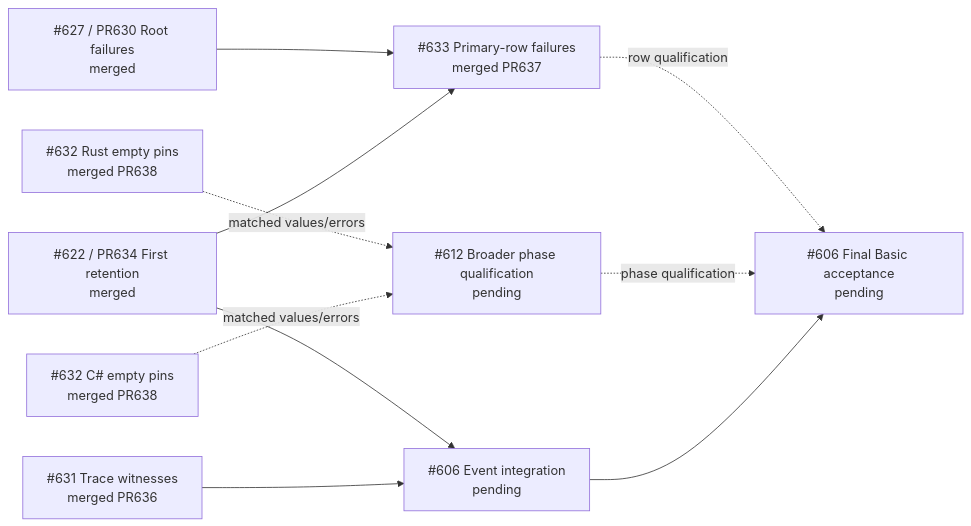
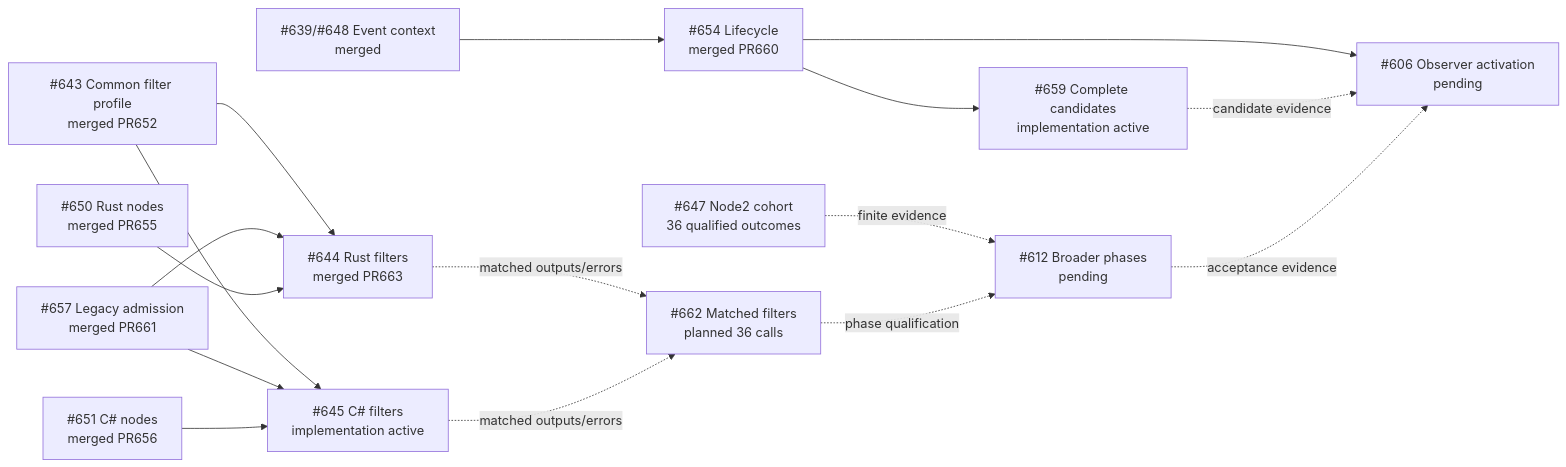
One commit to Aaqibhafeezkhan/ferrule changed the first of 7 diagrams in docs/parallel-work.md. Above: the diagram before and after it, drawn with Mermaid. The commit also changed other lines of this file and 1 other file, not shown here.

Commit message:
Reconcile qualified Basic provenance and control handoffs

````diff
--- a/docs/parallel-work.md
+++ b/docs/parallel-work.md
@@ -60,12 +33,18 @@
 ```mermaid
 flowchart LR
-    RootFailures["#627 / PR630 Root failures<br/>merged"] --> Rows["#633 Primary-row failures<br/>merged PR637"]
-    First["#622 / PR634 First retention<br/>merged"] --> Rows
-    First --> Events["#606 Event integration<br/>pending"]
-    Witnesses["#631 Trace witnesses<br/>merged PR636"] --> Events
-    Rust["#632 Rust empty pins<br/>merged PR638"] -. "matched values/errors" .-> Phases["#612 Broader phase qualification<br/>pending"]
-    CSharp["#632 C# empty pins<br/>merged PR638"] -. "matched values/errors" .-> Phases
-    Rows -. "row qualification" .-> Acceptance["#606 Final Basic acceptance<br/>pending"]
-    Phases -. "phase qualification" .-> Acceptance
-    Events --> Acceptance
+    Common["#643 Common filter profile<br/>merged PR652"] --> Rust["#644 Rust filters<br/>merged PR663"]
+    Common --> CSharp["#645 C# filters<br/>implementation active"]
+    Admission["#657 Legacy admission<br/>merged PR661"] --> Rust
+    Admission --> CSharp
+    RustNodes["#650 Rust nodes<br/>merged PR655"] --> Rust
+    CSharpNodes["#651 C# nodes<br/>merged PR656"] --> CSharp
+    Rust -. "matched outputs/errors" .-> Filters["#662 Matched filters<br/>planned 36 calls"]
+    CSharp -. "matched outputs/errors" .-> Filters
+    Events["#639/#648 Event context<br/>merged"] --> Lifecycle["#654 Lifecycle<br/>merged PR660"]
+    Lifecycle --> Observers["#606 Observer activation<br/>pending"]
+    Lifecycle --> Candidates["#659 Complete candidates<br/>implementation active"]
+    Candidates -. "candidate evidence" .-> Observers
+    NodeProof["#647 Node2 cohort<br/>36 qualified outcomes"] -. "finite evidence" .-> Broader["#612 Broader phases<br/>pending"]
+    Filters -. "phase qualification" .-> Broader
+    Broader -. "acceptance evidence" .-> Observers
 ```
````
